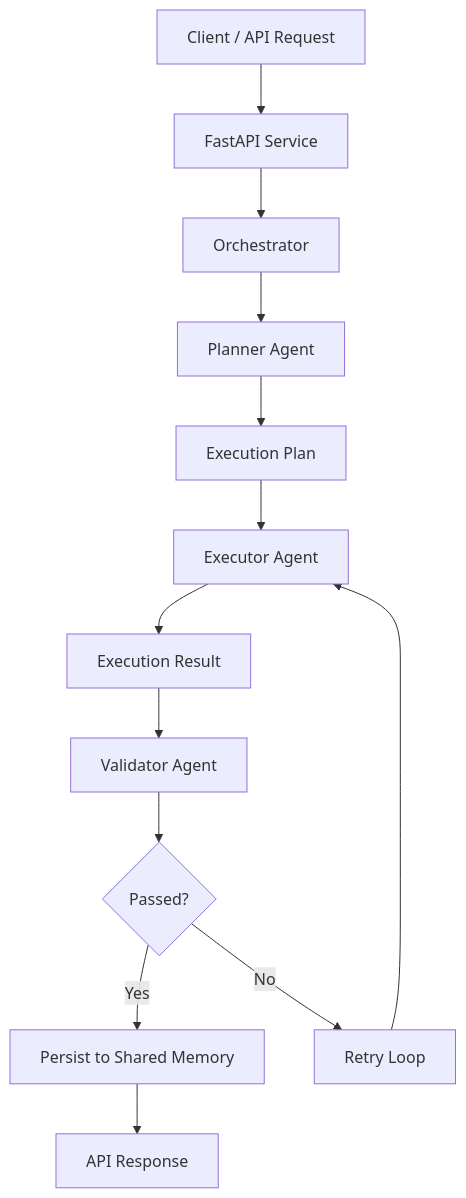
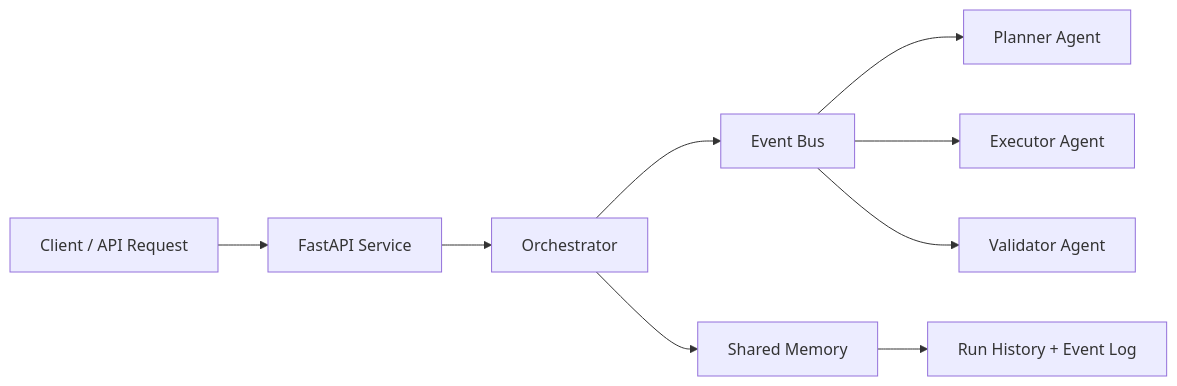
The first of 2 diagrams in docs/architecture.md (abdallauno1/multi-Agent-system), drawn with Mermaid before and after one commit. The commit also changed other lines of this file and 8 other files, not shown here.

Commit message:
feat: event-driven architecture with event bus and multi-agent orchestration

````diff
--- a/docs/architecture.md
+++ b/docs/architecture.md
@@ -6,15 +7,11 @@
 ```mermaid
-flowchart TD
-    A[Client / API Request] --> B[FastAPI Service]
-    B --> C[Orchestrator]
-    C --> D[Planner Agent]
-    D --> E[Execution Plan]
-    E --> F[Executor Agent]
-    F --> G[Execution Result]
-    G --> H[Validator Agent]
-    H --> I{Passed?}
-    I -- Yes --> J[Persist to Shared Memory]
-    I -- No --> K[Retry Loop]
-    K --> F
-    J --> L[API Response]
+flowchart LR
+    U[Client / API Request] --> API[FastAPI Service]
+    API --> O[Orchestrator]
+    O --> B[Event Bus]
+    B --> P[Planner Agent]
+    B --> E[Executor Agent]
+    B --> V[Validator Agent]
+    O --> M[Shared Memory]
+    M --> R[Run History + Event Log]
 ```
````
